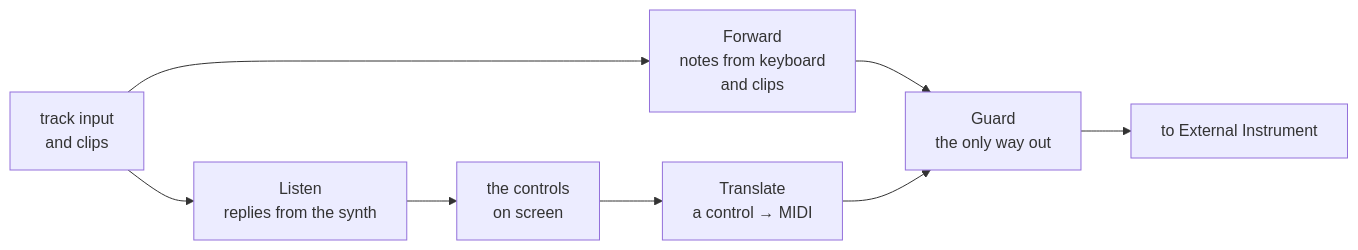
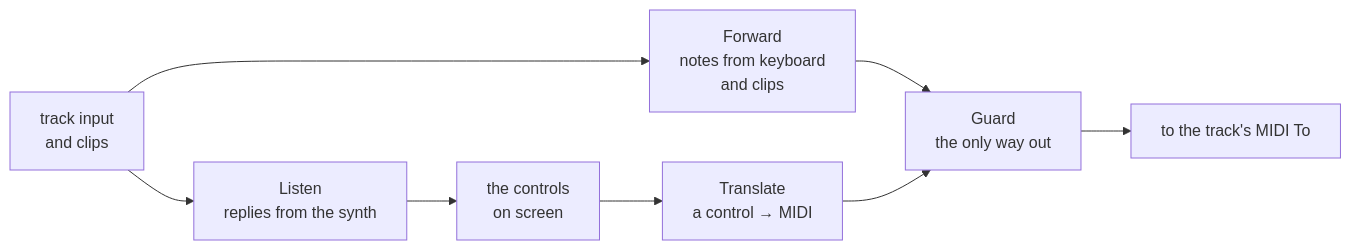
The second of 10 diagrams in docs/architecture.md (norrby/sidstation-editor), drawn with Mermaid before and after one commit. The commit also changed other lines of this file and 28 other files, not shown here.

````diff
--- a/docs/architecture.md
+++ b/docs/architecture.md
@@ -53,10 +54,10 @@
 ```mermaid
 flowchart LR
   in["track input<br/>and clips"] --> listen["Listen<br/>replies from the synth"]
   in --> notes["Forward<br/>notes from keyboard<br/>and clips"]
   ui["the controls<br/>on screen"] --> tell["Translate<br/>a control → MIDI"]
   listen --> ui
   notes --> guard["Guard<br/>the only way out"]
   tell --> guard
-  guard --> out["to External Instrument"]
+  guard --> out["to the track's MIDI To"]
 ```
````
